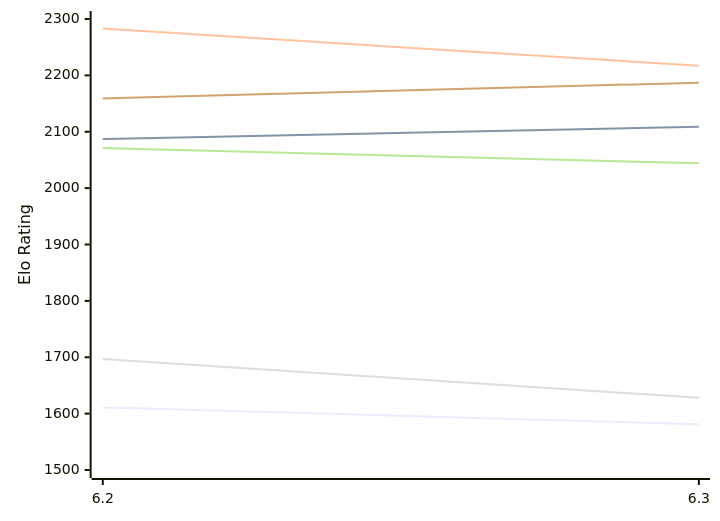
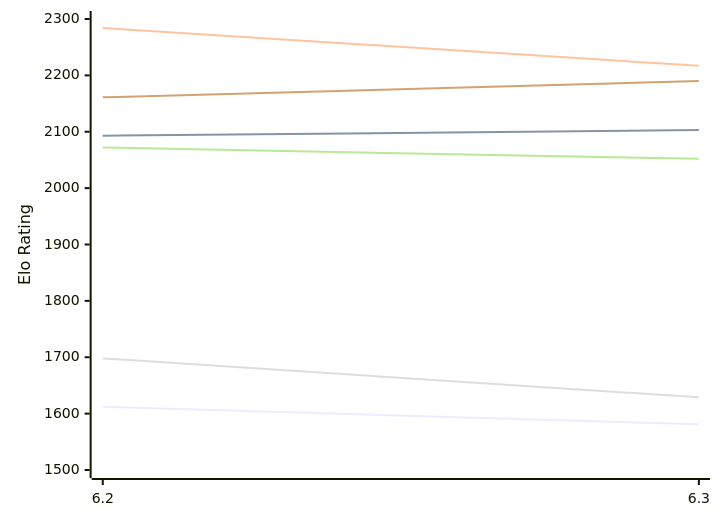
The first of 2 diagrams in engines/chess4j.md (computer-chess-index/cci), drawn with Mermaid before and after one commit. The commit also changed other lines of this file, not shown here.

Commit message:
Update CCI Ratings (ELO VLTC) - 2026-11-24

````diff
--- a/engines/chess4j.md
+++ b/engines/chess4j.md
@@ -50,12 +50,12 @@
 ```mermaid
 %%{init: {"theme":"base","themeVariables":{"seriesColors:['#a3a3a3','#222221','#faa371']}}}%%
 xychart-beta
   x-axis ["6.2", "6.3"]
   y-axis "Elo Rating" 1500 --> 2300
-  line "E1: STC (8.0+0.08s)" [1611, 1581]
-  line "E1: LTC (60.0+0.60s)" [2087, 2109]
-  line "E1: VLTC (2m24s+1.12s)" [2283, 2217]
-  line "P1: STC (8.0+0.08s)" [1697, 1628]
-  line "P1: LTC (60.0+0.60s)" [2071, 2044]
-  line "P1: VLTC (2m24s+1.12s)" [2159, 2187]
+  line "E1: STC (8.0+0.08s)" [1612, 1581]
+  line "E1: LTC (60.0+0.60s)" [2093, 2103]
+  line "E1: VLTC (2m24s+1.12s)" [2284, 2217]
+  line "P1: STC (8.0+0.08s)" [1698, 1629]
+  line "P1: LTC (60.0+0.60s)" [2072, 2052]
+  line "P1: VLTC (2m24s+1.12s)" [2161, 2190]
 ```
````
